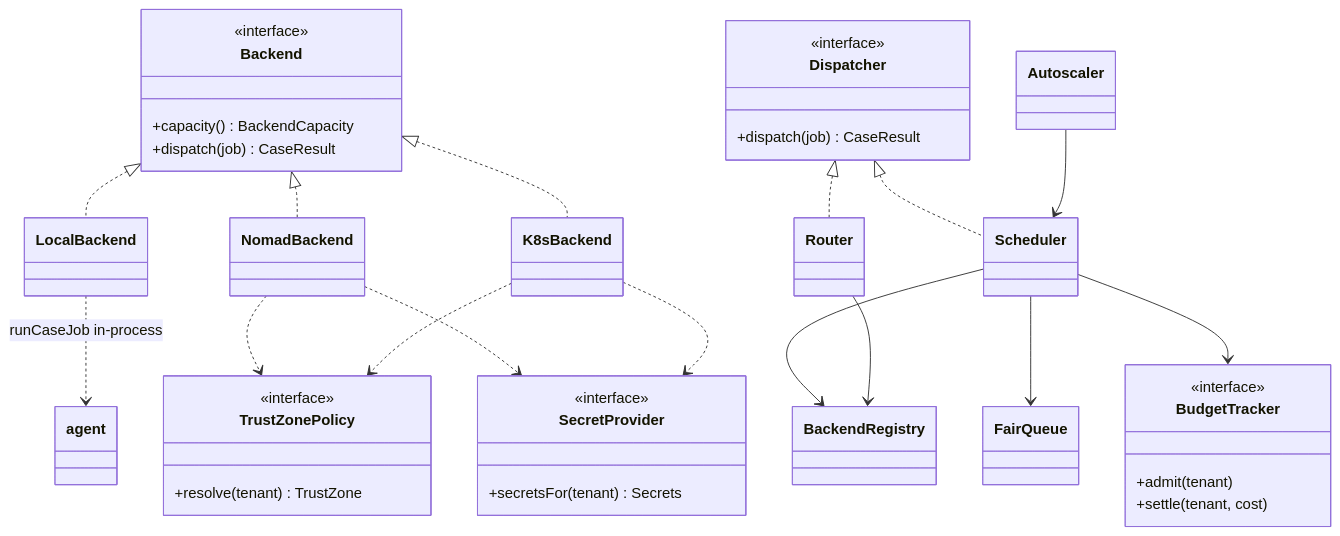
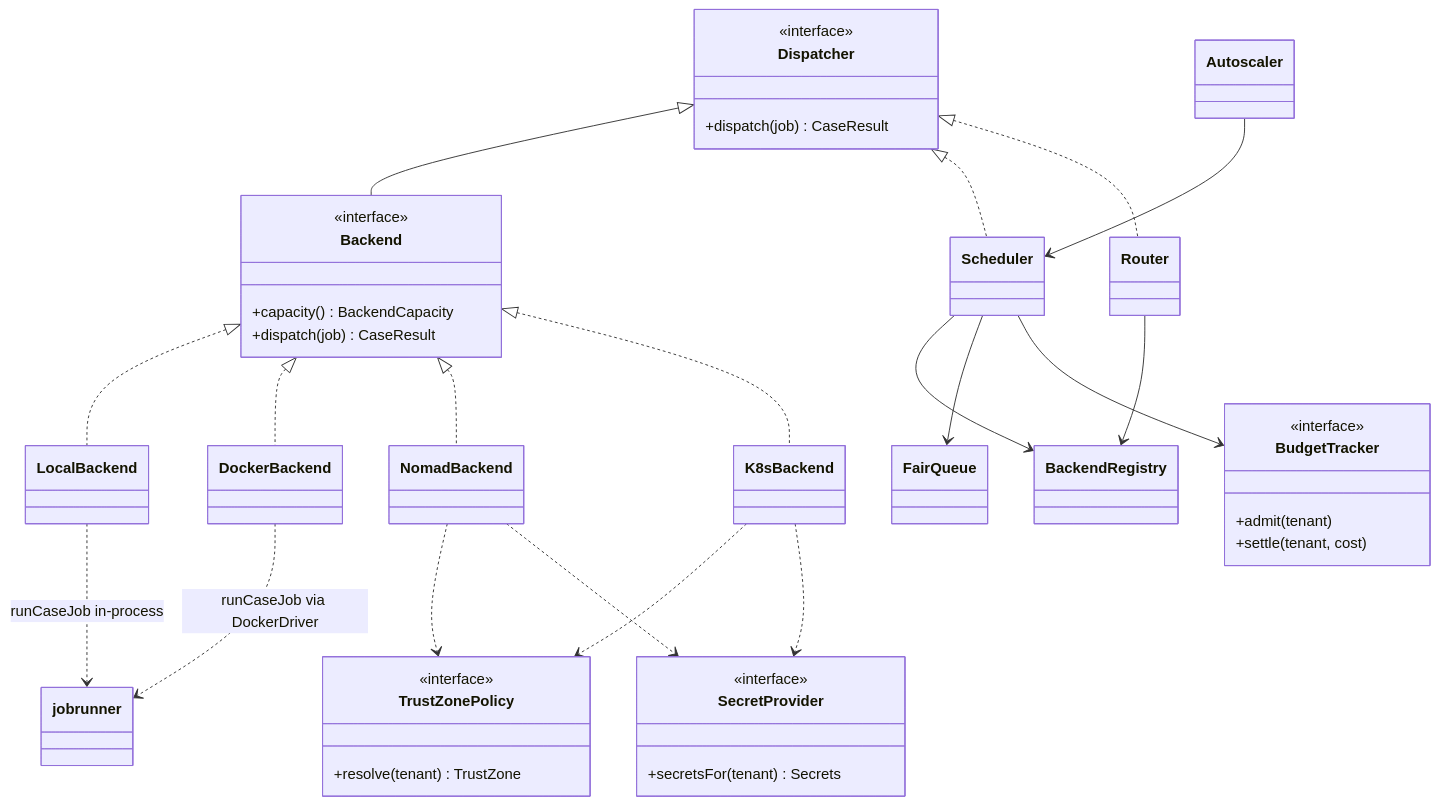
Before and after one commit to everdict/everdict: diagram 12 of 24 in docs/architecture/collaboration.md, drawn with Mermaid. The commit also changed other lines of this file and 179 other files, not shown here.

````diff
--- a/docs/architecture/collaboration.md
+++ b/docs/architecture/collaboration.md
@@ -563,40 +608,43 @@
 ```mermaid
 classDiagram
   class Backend {
     <<interface>>
     +capacity() BackendCapacity
     +dispatch(job) CaseResult
   }
   class Dispatcher {
     <<interface>>
     +dispatch(job) CaseResult
   }
   class TrustZonePolicy {
     <<interface>>
     +resolve(tenant) TrustZone
   }
   class BudgetTracker {
     <<interface>>
     +admit(tenant)
     +settle(tenant, cost)
   }
   class SecretProvider {
     <<interface>>
     +secretsFor(tenant) Secrets
   }
+  Dispatcher <|-- Backend
   Backend <|.. LocalBackend
+  Backend <|.. DockerBackend
   Backend <|.. NomadBackend
   Backend <|.. K8sBackend
   Dispatcher <|.. Scheduler
   Dispatcher <|.. Router
   Scheduler --> BackendRegistry
   Scheduler --> FairQueue
   Scheduler --> BudgetTracker
   Router --> BackendRegistry
   Autoscaler --> Scheduler
-  LocalBackend ..> agent : runCaseJob in-process
+  LocalBackend ..> jobrunner : runCaseJob in-process
+  DockerBackend ..> jobrunner : runCaseJob via DockerDriver
   NomadBackend ..> TrustZonePolicy
   NomadBackend ..> SecretProvider
   K8sBackend ..> TrustZonePolicy
   K8sBackend ..> SecretProvider
 ```
````
